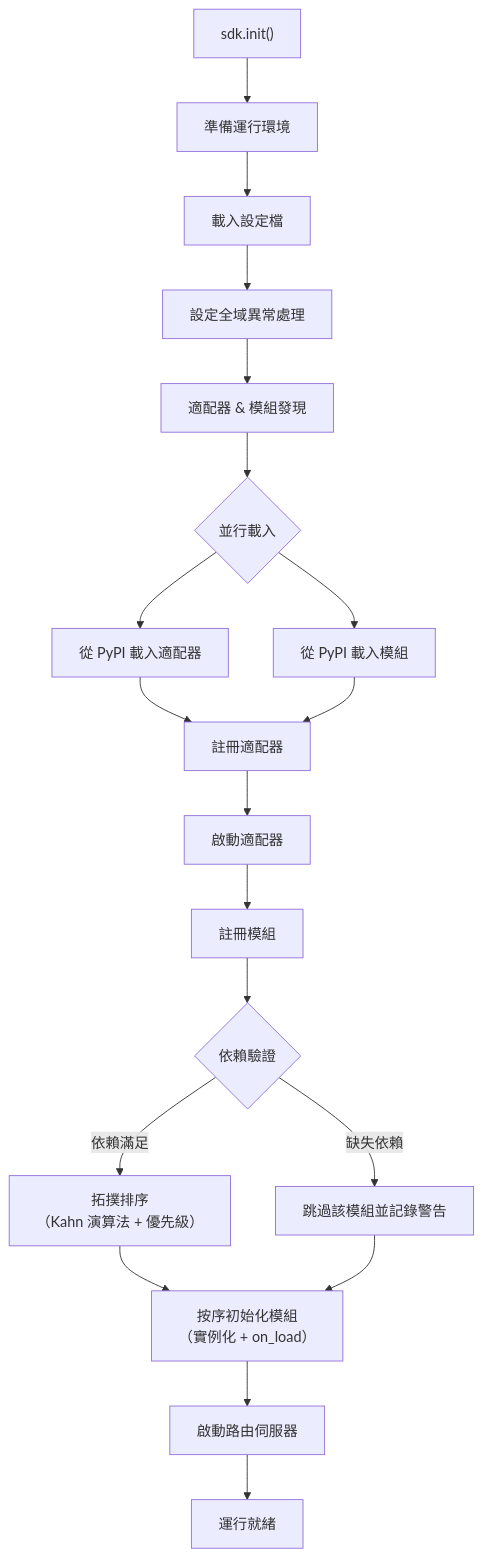
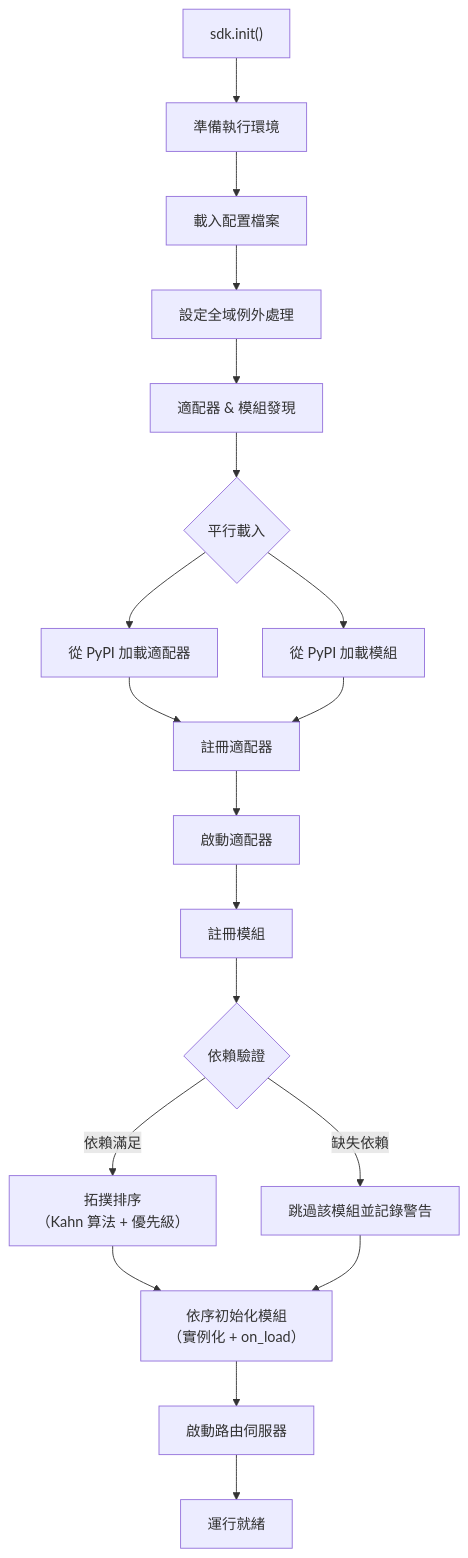
Before and after one commit to ErisPulse/ErisPulse: the second of 6 diagrams in docs/zh-TW/architecture.md, drawn with Mermaid. The commit also changed other lines of this file and 251 other files, not shown here.

````diff
--- a/docs/zh-TW/architecture.md
+++ b/docs/zh-TW/architecture.md
@@ -59,20 +63,20 @@
 ```mermaid
 flowchart TD
-    A["sdk.init()"] --> B["準備運行環境"]
-    B --> B1["載入設定檔"]
-    B1 --> B2["設定全域異常處理"]
+    A["sdk.init()"] --> B["準備執行環境"]
+    B --> B1["載入配置檔案"]
+    B1 --> B2["設定全域例外處理"]
     B2 --> C["適配器 & 模組發現"]
-    C --> D{"並行載入"}
-    D --> D1["從 PyPI 載入適配器"]
-    D --> D2["從 PyPI 載入模組"]
+    C --> D{"平行載入"}
+    D --> D1["從 PyPI 加載適配器"]
+    D --> D2["從 PyPI 加載模組"]
     D1 & D2 --> E["註冊適配器"]
     E --> E1["啟動適配器"]
     E1 --> F["註冊模組"]
     F --> F1{"依賴驗證"}
     F1 -->|"缺失依賴"| F2["跳過該模組並記錄警告"]
-    F1 -->|"依賴滿足"| F3["拓撲排序<br/>（Kahn 演算法 + 優先級）"]
-    F3 --> G["按序初始化模組<br/>（實例化 + on_load）"]
+    F1 -->|"依賴滿足"| F3["拓撲排序<br/>（Kahn 算法 + 優先級）"]
+    F3 --> G["依序初始化模組<br/>（實例化 + on_load）"]
     F2 --> G
     G --> H["啟動路由伺服器"]
     H --> K["運行就緒"]
 ```
````
